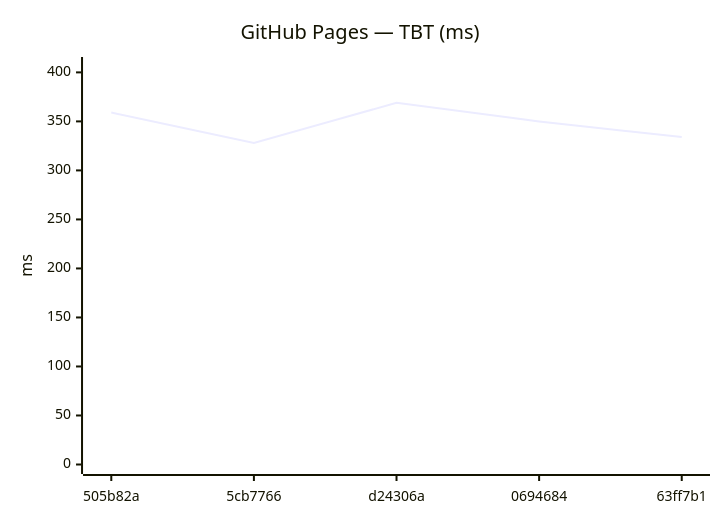
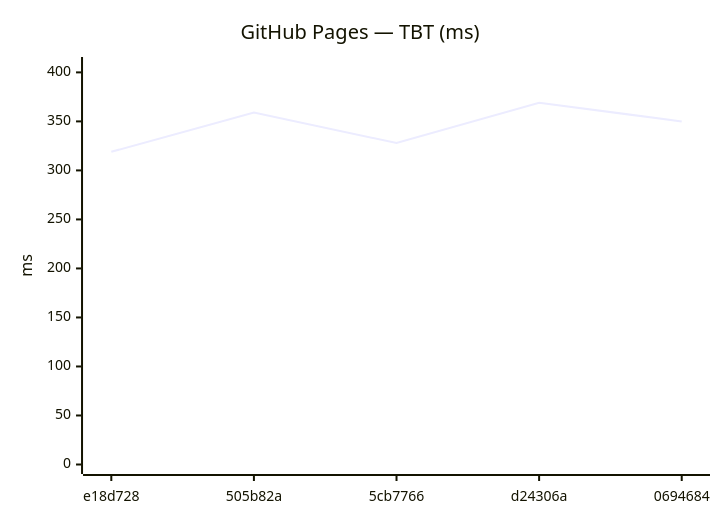
One commit to Metaheurist/Rianell changed the tenth of 18 diagrams in benchmarks/compare.md. Above: the diagram before and after it, drawn with Mermaid. The commit also changed other lines of this file and 11 other files, not shown here.

````diff
--- a/benchmarks/compare.md
+++ b/benchmarks/compare.md
@@ -149,7 +149,7 @@
 ```mermaid
 xychart-beta
     title "GitHub Pages — TBT (ms)"
-    x-axis ["505b82a", "5cb7766", "d24306a", "0694684", "63ff7b1"]
+    x-axis ["e18d728", "505b82a", "5cb7766", "d24306a", "0694684"]
     y-axis "ms" 0 --> 406
-    line [359, 328, 369, 350, 334]
+    line [319, 359, 328, 369, 350]
 ```
````
